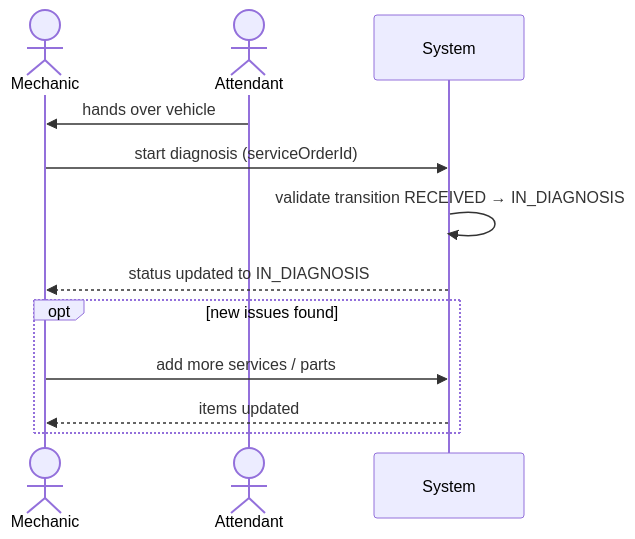
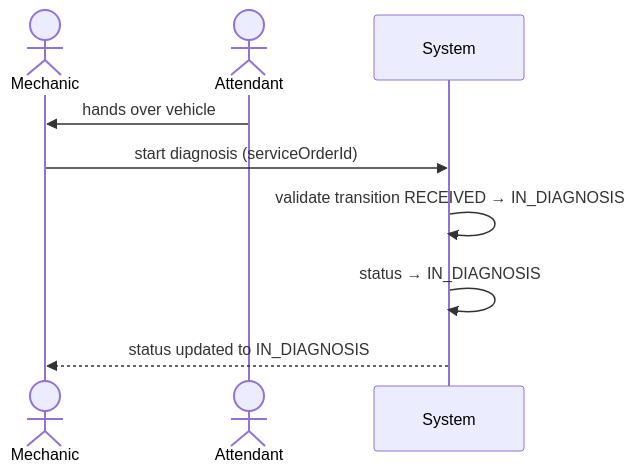
The seventh of 16 diagrams in docs/domain/domain-storytelling.md (rnataoliveira/mechanics-software), drawn with Mermaid before and after one commit. The commit also changed other lines of this file, not shown here.

````diff
--- a/docs/domain/domain-storytelling.md
+++ b/docs/domain/domain-storytelling.md
@@ -156,16 +233,12 @@
 ```mermaid
 sequenceDiagram
     actor Mechanic
     actor Attendant
     participant System
 
     Attendant->>Mechanic: hands over vehicle
     Mechanic->>System: start diagnosis (serviceOrderId)
     System->>System: validate transition RECEIVED → IN_DIAGNOSIS
+    System->>System: status → IN_DIAGNOSIS
     System-->>Mechanic: status updated to IN_DIAGNOSIS
-
-    opt new issues found
-        Mechanic->>System: add more services / parts
-        System-->>Mechanic: items updated
-    end
 ```
````
